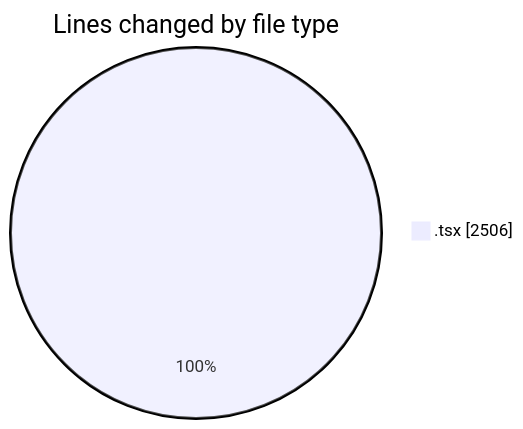
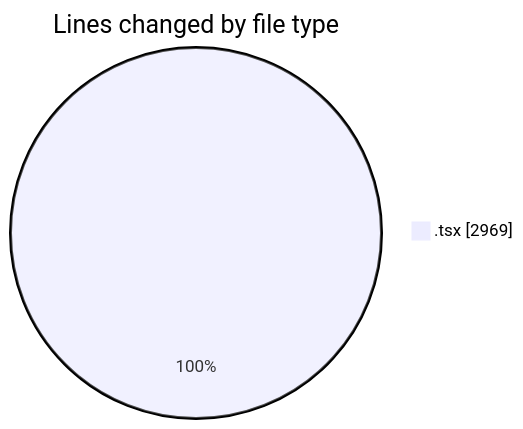
One commit to momahboobian/code-tracking changed the first of 2 diagrams in 2025-11-17/cda/README.md. Above: the diagram before and after it, drawn with Mermaid. The commit also changed other lines of this file and 1 other file, not shown here.

````diff
--- a/2025-11-17/cda/README.md
+++ b/2025-11-17/cda/README.md
@@ -20,5 +21,5 @@
 ```mermaid
 pie showData
 title Lines changed by file type
-".tsx" : 2506
+".tsx" : 2969
 ```
````
